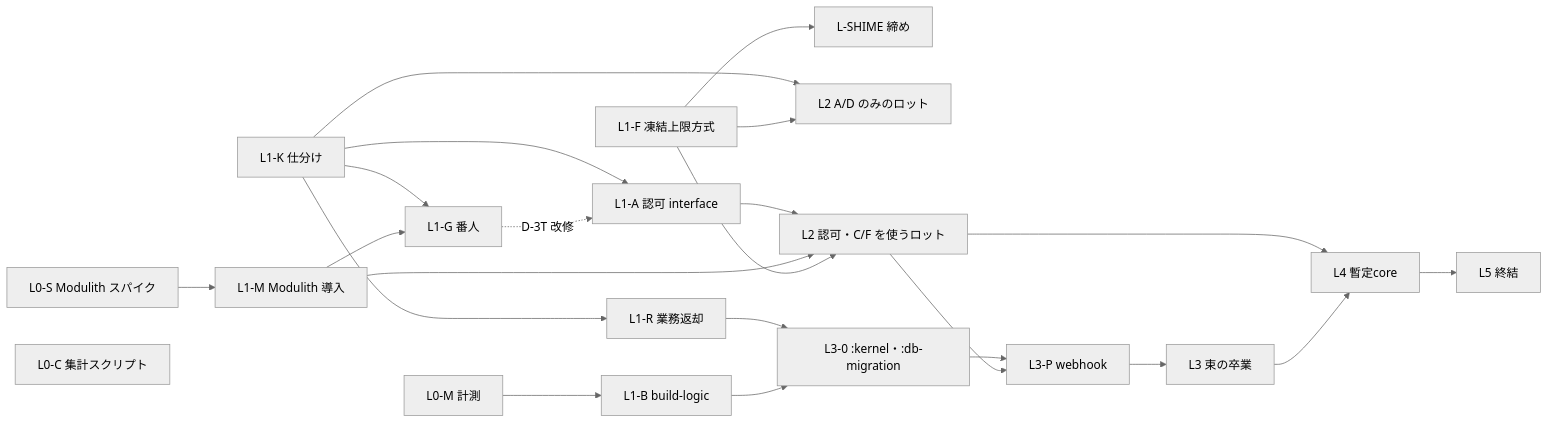
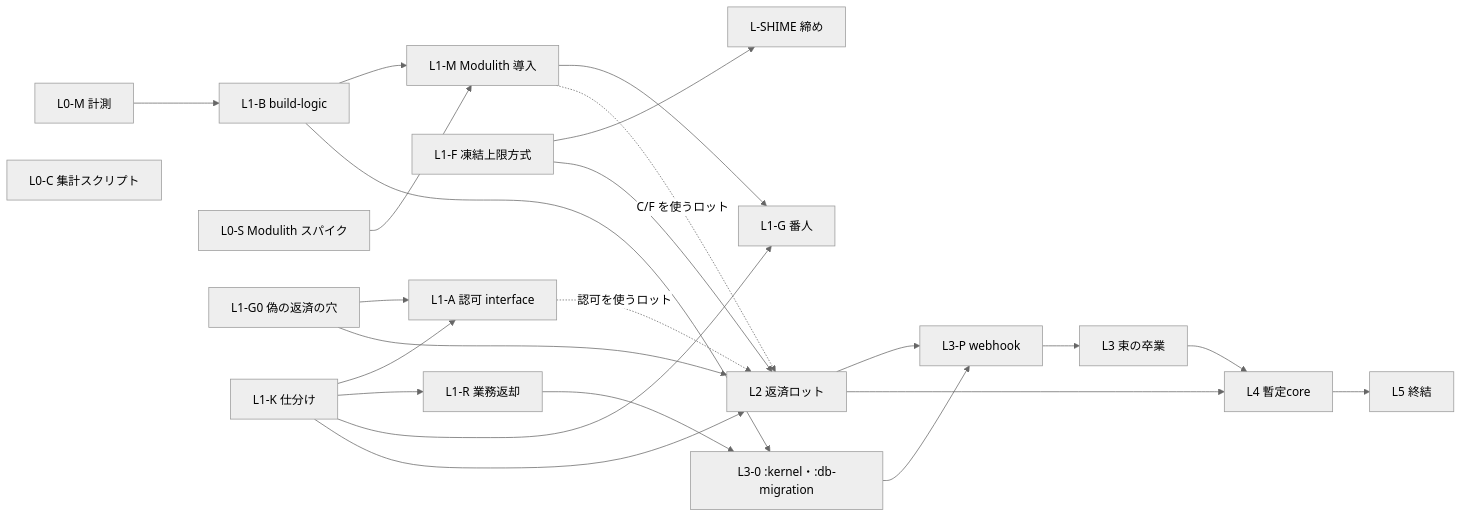
The third of 3 diagrams in docs/architecture/modular_monolith_boundary_debt_repayment.md (kenta-0420/mannschaft), drawn with Mermaid (neutral theme) before and after one commit. The commit also changed other lines of this file, not shown here.

````diff
--- a/docs/architecture/modular_monolith_boundary_debt_repayment.md
+++ b/docs/architecture/modular_monolith_boundary_debt_repayment.md
@@ -513,25 +559,26 @@
 ```mermaid
 flowchart LR
   L0M[L0-M 計測] --> L1B[L1-B build-logic]
   L0S[L0-S Modulith スパイク] --> L1M[L1-M Modulith 導入]
+  L1B --> L1M
   L0C[L0-C 集計スクリプト]
   L1F[L1-F 凍結上限方式] --> SHIME[L-SHIME 締め]
-  L1K[L1-K 仕分け] --> L1A[L1-A 認可 interface]
+  L1G0[L1-G0 偽の返済の穴] --> L1A[L1-A 認可 interface]
+  L1K[L1-K 仕分け] --> L1A
   L1K --> L1R[L1-R 業務返却]
   L1K --> L1G[L1-G 番人]
   L1M --> L1G
-  L1G -. D-3T 改修 .-> L1A
-  L1K --> L2AD[L2 A/D のみのロット]
-  L1F --> L2AD
-  L1A --> L2[L2 認可・C/F を使うロット]
-  L1M --> L2
+  L1G0 --> L2[L2 返済ロット]
   L1F --> L2
+  L1K --> L2
+  L1A -. 認可を使うロット .-> L2
+  L1M -. C/F を使うロット .-> L2
   L1R --> L30[L3-0 :kernel・:db-migration]
   L1B --> L30
   L30 --> L3P[L3-P webhook]
   L2 --> L3P
   L3P --> L3G[L3 束の卒業]
   L2 --> L4[L4 暫定core]
   L3G --> L4
   L4 --> L5[L5 終結]
 ```
````
